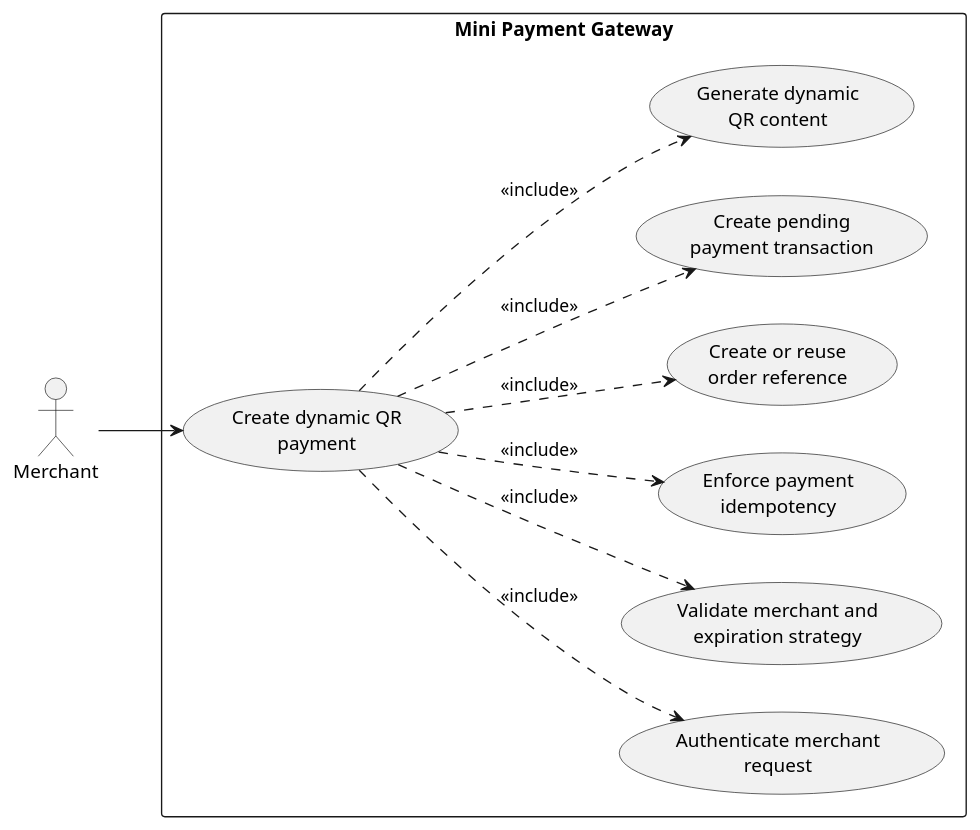
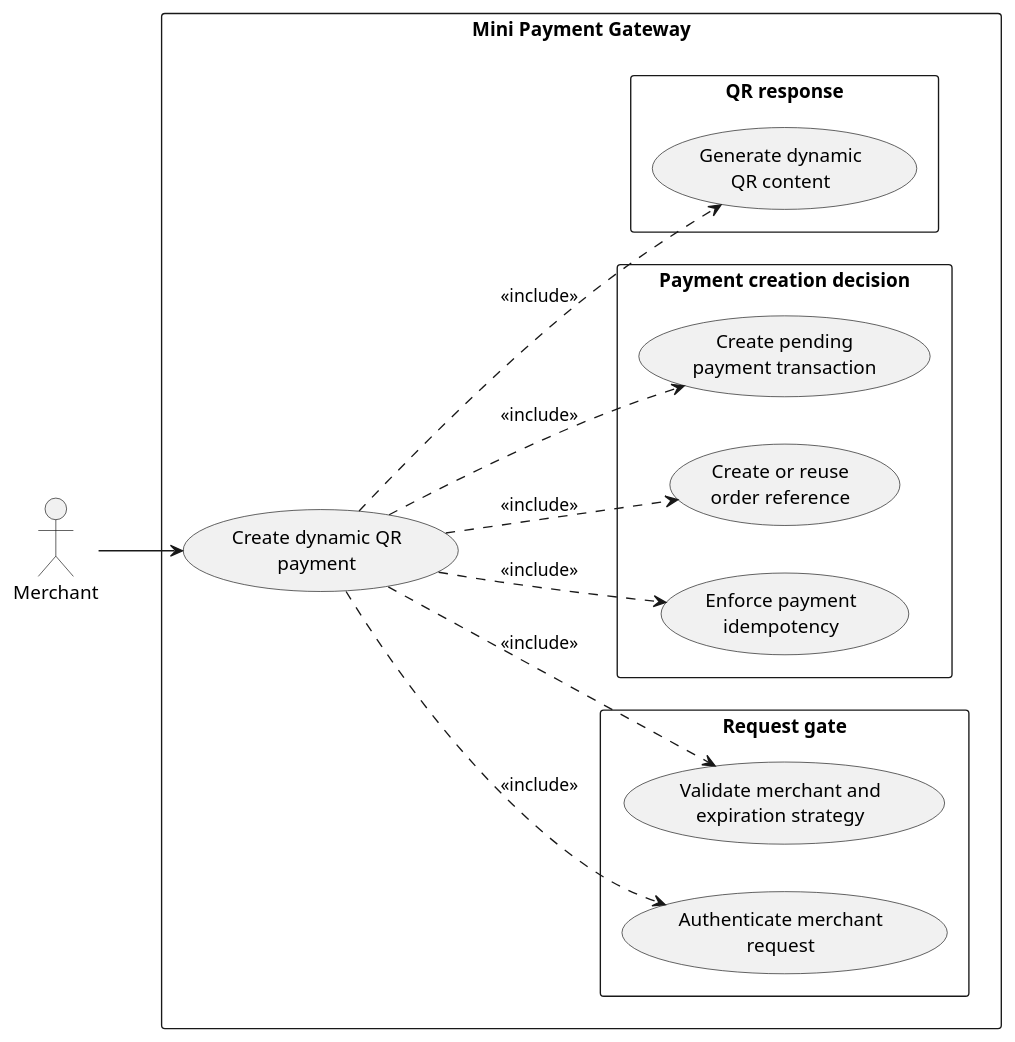
One commit to biabeogo147/mini-payment-gateway changed the third of 6 diagrams in docs/product/use-cases.md. Above: the diagram before and after it, drawn with PlantUML. The commit also changed other lines of this file, not shown here.

Commit message:
update usecase

````diff
--- a/docs/product/use-cases.md
+++ b/docs/product/use-cases.md
@@ -226,26 +243,35 @@
 ```plantuml
 @startuml uc002_create_dynamic_qr_payment
 left to right direction
 skinparam packageStyle rectangle
 
 actor "Merchant" as Merchant
 rectangle "Mini Payment Gateway" {
   usecase "Create dynamic QR\npayment" as UC002
-  usecase "Authenticate merchant\nrequest" as UC_Authenticate
-  usecase "Validate merchant and\nexpiration strategy" as UC_ValidateRequest
-  usecase "Enforce payment\nidempotency" as UC_Idempotency
-  usecase "Create or reuse\norder reference" as UC_Order
-  usecase "Create pending\npayment transaction" as UC_CreatePending
-  usecase "Generate dynamic\nQR content" as UC_GenerateQr
+
+  package "Request gate" {
+    usecase "Authenticate merchant\nrequest" as UC_Authenticate
+    usecase "Validate merchant and\nexpiration strategy" as UC_ValidateRequest
+  }
+
+  package "Payment creation decision" {
+    usecase "Enforce payment\nidempotency" as UC_Idempotency
+    usecase "Create or reuse\norder reference" as UC_Order
+    usecase "Create pending\npayment transaction" as UC_CreatePending
+  }
+
+  package "QR response" {
+    usecase "Generate dynamic\nQR content" as UC_GenerateQr
+  }
 }
 
 Merchant --> UC002
 
 UC002 ..> UC_Authenticate : <<include>>
 UC002 ..> UC_ValidateRequest : <<include>>
 UC002 ..> UC_Idempotency : <<include>>
 UC002 ..> UC_Order : <<include>>
 UC002 ..> UC_CreatePending : <<include>>
 UC002 ..> UC_GenerateQr : <<include>>
 @enduml
 ```
````
